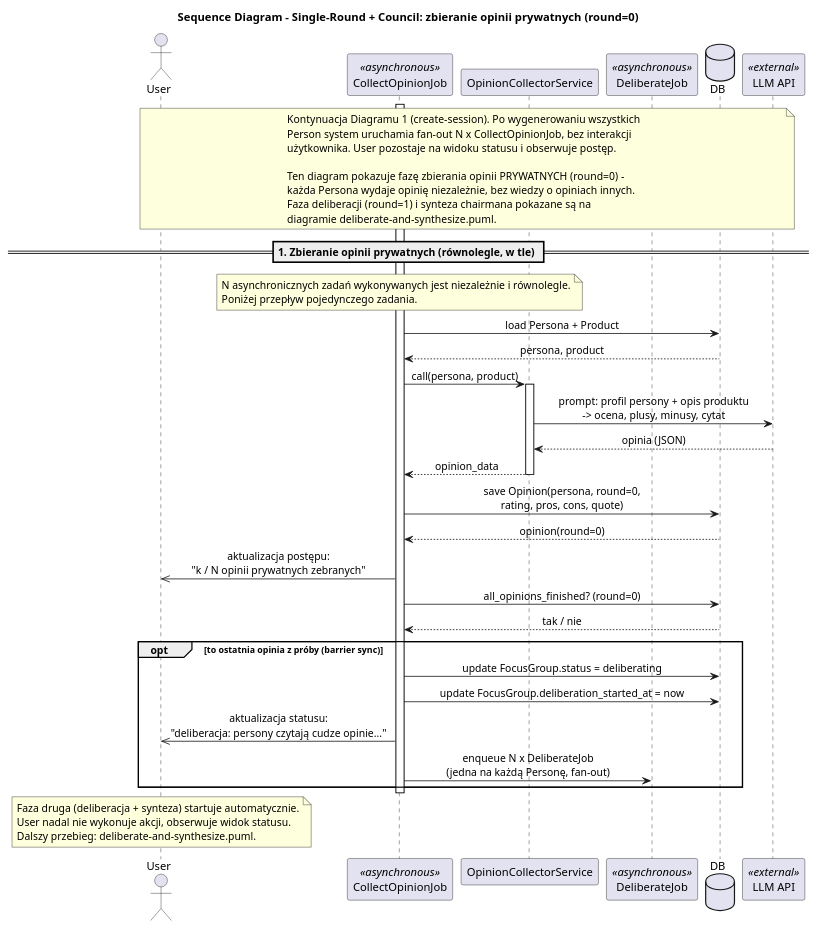
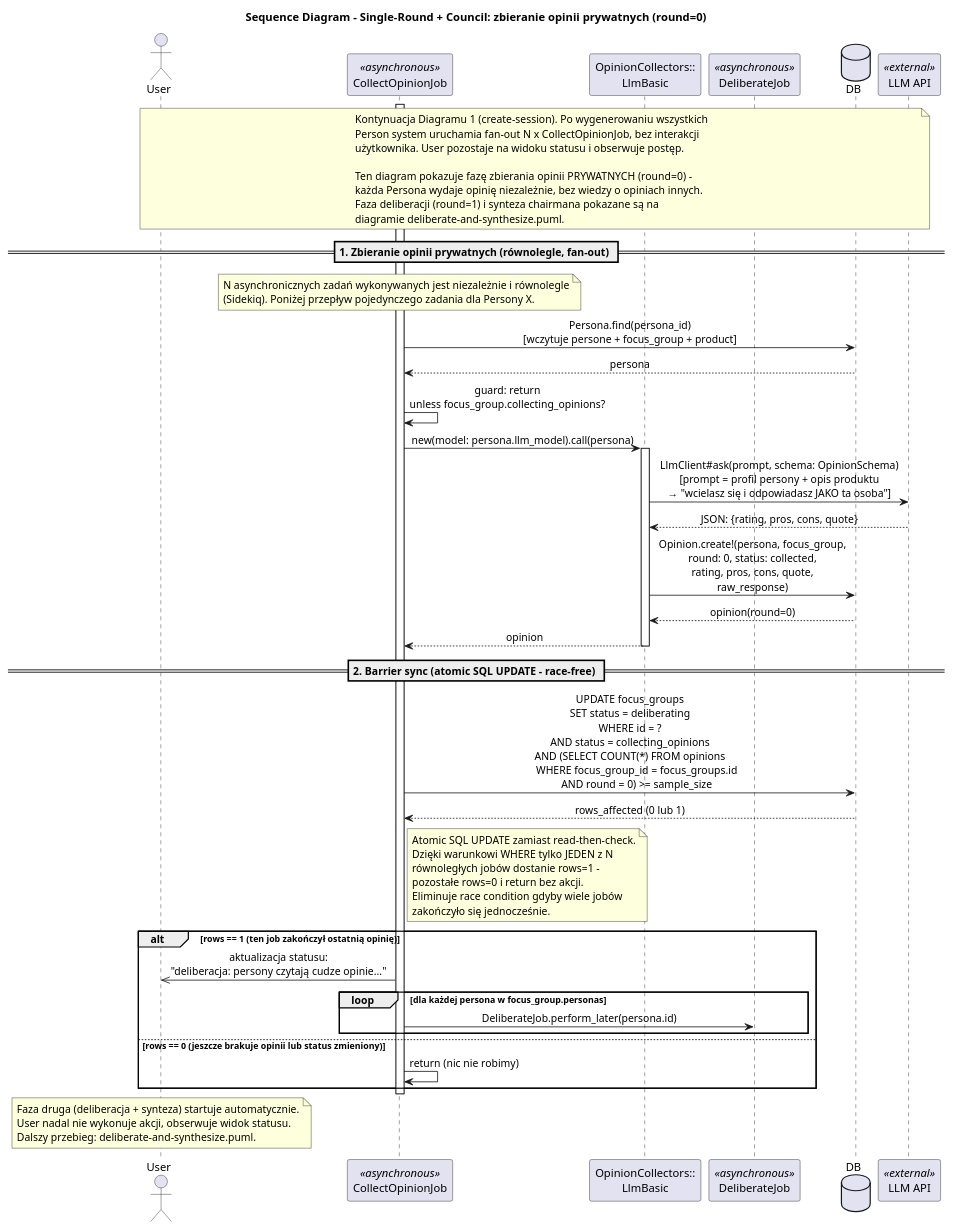
The diagram in docs/single-round/collect-opinions.puml (Lemcur/symulator-grup-fokusowych), drawn with PlantUML before and after one commit. The commit also changed 3 other files, not shown here.

Commit message:
update diagrams

```diff
--- a/docs/single-round/collect-opinions.puml
+++ b/docs/single-round/collect-opinions.puml
@@ -1,67 +1,81 @@
 @startuml SequenceDiagram_SingleRound_CollectOpinions
 title Sequence Diagram - Single-Round + Council: zbieranie opinii prywatnych (round=0)
 
 skinparam responseMessageBelowArrow true
 skinparam sequenceMessageAlign center
 
 actor User
 participant "CollectOpinionJob" as Col <<asynchronous>>
-participant "OpinionCollectorService" as Svc
+participant "OpinionCollectors::\nLlmBasic" as Svc
 participant "DeliberateJob" as Del <<asynchronous>>
 database "DB" as DB
 participant "LLM API" as LLM <<external>>
 
 note over User, LLM
   Kontynuacja Diagramu 1 (create-session). Po wygenerowaniu wszystkich
   Person system uruchamia fan-out N x CollectOpinionJob, bez interakcji
   użytkownika. User pozostaje na widoku statusu i obserwuje postęp.
 
   Ten diagram pokazuje fazę zbierania opinii PRYWATNYCH (round=0) -
   każda Persona wydaje opinię niezależnie, bez wiedzy o opiniach innych.
   Faza deliberacji (round=1) i synteza chairmana pokazane są na
   diagramie deliberate-and-synthesize.puml.
 end note
 
-== 1. Zbieranie opinii prywatnych (równolegle, w tle) ==
+== 1. Zbieranie opinii prywatnych (równolegle, fan-out) ==
 
 note over Col
-  N asynchronicznych zadań wykonywanych jest niezależnie i równolegle.
-  Poniżej przepływ pojedynczego zadania.
+  N asynchronicznych zadań wykonywanych jest niezależnie i równolegle
+  (Sidekiq). Poniżej przepływ pojedynczego zadania dla Persony X.
 end note
 
 activate Col
-Col -> DB : load Persona + Product
-DB --> Col : persona, product
+Col -> DB : Persona.find(persona_id)\n[wczytuje persone + focus_group + product]
+DB --> Col : persona
 
-Col -> Svc : call(persona, product)
+Col -> Col : guard: return\nunless focus_group.collecting_opinions?
+
+Col -> Svc : new(model: persona.llm_model).call(persona)
 activate Svc
 
-Svc -> LLM : prompt: profil persony + opis produktu\n-> ocena, plusy, minusy, cytat
-LLM --> Svc : opinia (JSON)
+Svc -> LLM : LlmClient#ask(prompt, schema: OpinionSchema)\n[prompt = profil persony + opis produktu\n→ "wcielasz się i odpowiadasz JAKO ta osoba"]
+LLM --> Svc : JSON: {rating, pros, cons, quote}
 
-Svc --> Col : opinion_data
+Svc -> DB : Opinion.create!(persona, focus_group,\nround: 0, status: collected,\nrating, pros, cons, quote,\nraw_response)
+DB --> Svc : opinion(round=0)
+
+Svc --> Col : opinion
 deactivate Svc
 
-Col -> DB : save Opinion(persona, round=0,\nrating, pros, cons, quote)
-DB --> Col : opinion(round=0)
+== 2. Barrier sync (atomic SQL UPDATE - race-free) ==
 
-Col ->> User : aktualizacja postępu:\n"k / N opinii prywatnych zebranych"
+Col -> DB : UPDATE focus_groups\nSET status = deliberating\nWHERE id = ?\nAND status = collecting_opinions\nAND (SELECT COUNT(*) FROM opinions\n     WHERE focus_group_id = focus_groups.id\n     AND round = 0) >= sample_size
+DB --> Col : rows_affected (0 lub 1)
 
-Col -> DB : all_opinions_finished? (round=0)
-DB --> Col : tak / nie
+note right of Col
+  Atomic SQL UPDATE zamiast read-then-check.
+  Dzięki warunkowi WHERE tylko JEDEN z N
+  równoległych jobów dostanie rows=1 -
+  pozostałe rows=0 i return bez akcji.
+  Eliminuje race condition gdyby wiele jobów
+  zakończyło się jednocześnie.
+end note
 
-opt to ostatnia opinia z próby (barrier sync)
-  Col -> DB : update FocusGroup.status = deliberating
-  Col -> DB : update FocusGroup.deliberation_started_at = now
+alt rows == 1 (ten job zakończył ostatnią opinię)
   Col ->> User : aktualizacja statusu:\n"deliberacja: persony czytają cudze opinie..."
-  Col -> Del : enqueue N x DeliberateJob\n(jedna na każdą Personę, fan-out)
+  loop dla każdej persona w focus_group.personas
+    Col -> Del : DeliberateJob.perform_later(persona.id)
+  end
+else rows == 0 (jeszcze brakuje opinii lub status zmieniony)
+  Col -> Col : return (nic nie robimy)
 end
+
 deactivate Col
 
 note over User
   Faza druga (deliberacja + synteza) startuje automatycznie.
   User nadal nie wykonuje akcji, obserwuje widok statusu.
   Dalszy przebieg: deliberate-and-synthesize.puml.
 end note
 
 @enduml
```
